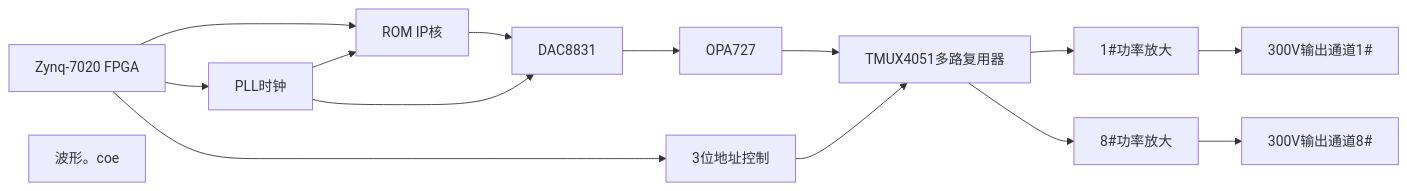
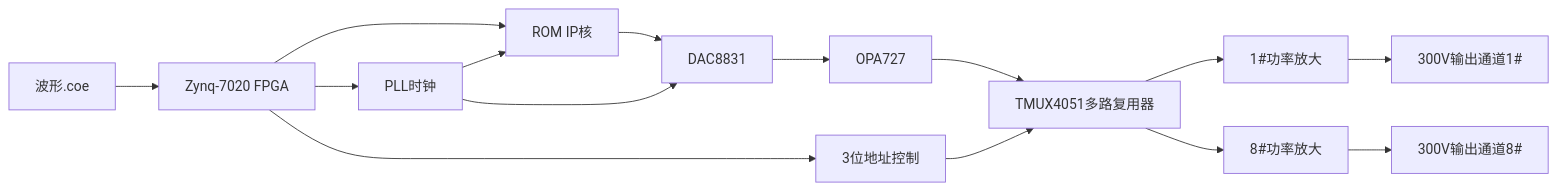
The diagram in all/信号发生.md (Rukawa15/iodraw-files), drawn with Mermaid before and after one commit.

Commit message:
2025-06-19 14:22:56 update

````diff
--- a/all/信号发生.md
+++ b/all/信号发生.md
@@ -1,12 +1,12 @@
 ```mermaid
 graph LR
 A[Zynq-7020 FPGA] --> C[ROM IP核]
-L[波形。coe] 
+L[波形.coe] --> 
 A --> B[PLL时钟] --> C
 C --> D[DAC8831] 
 B --> D[DAC8831] 
 D --> E[OPA727] --> F[TMUX4051多路复用器]
 F --> H[1#功率放大] --> I[300V输出通道1#]
 F --> J[8#功率放大] --> K[300V输出通道8#]
 A --> G[3位地址控制] --> F
 ```
````
